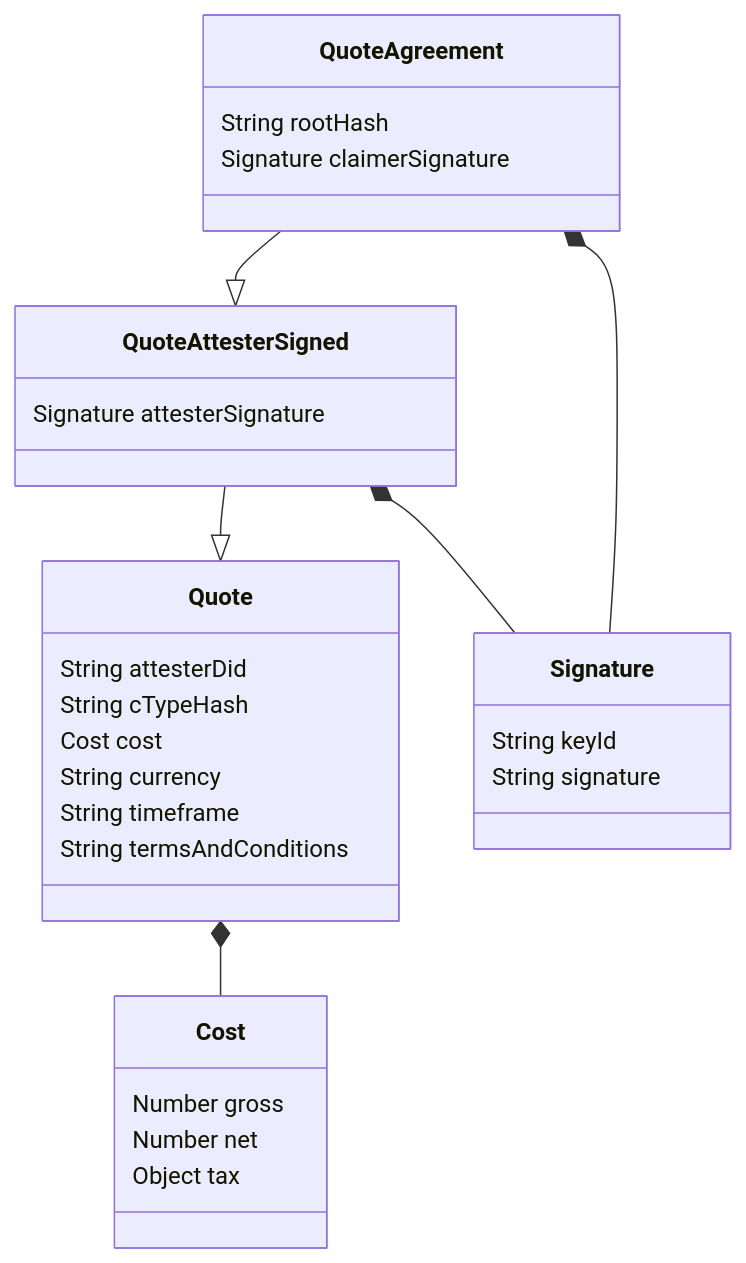
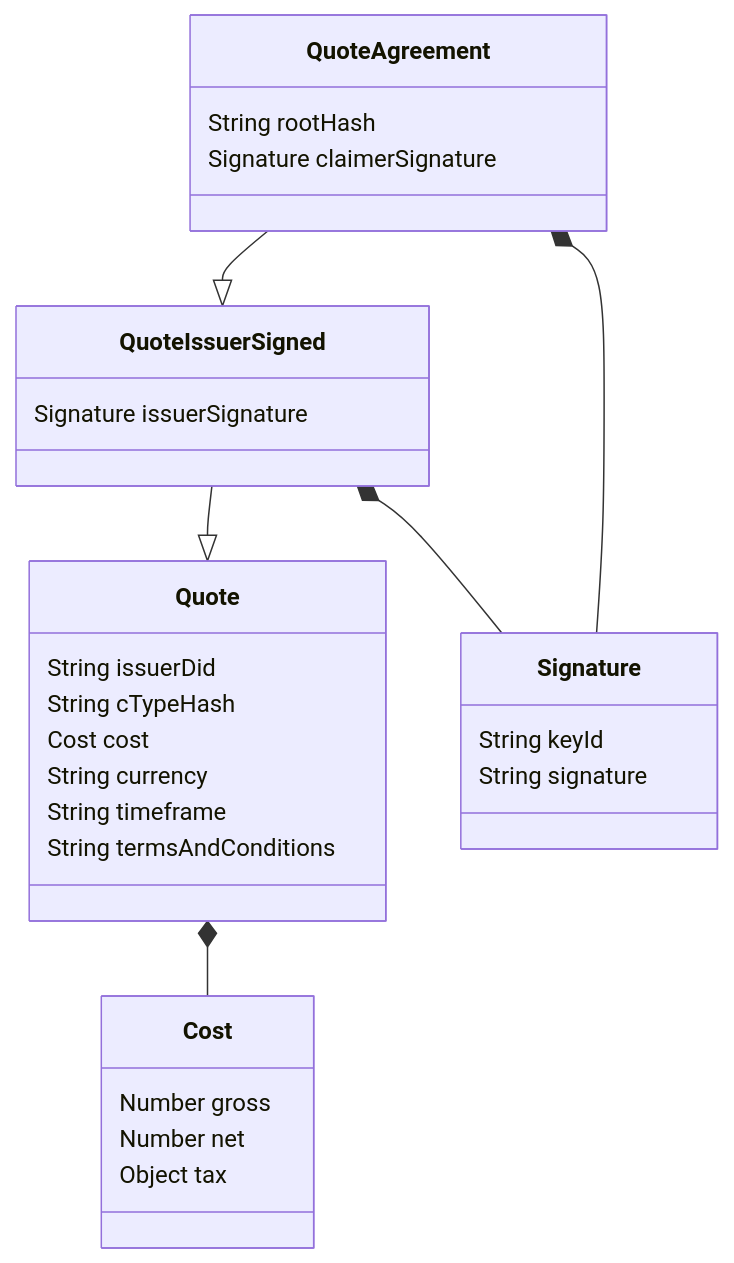
Before and after one commit to KILTprotocol/docs: the diagram in concepts/09_advanced_concepts/01_terms_and_quote.md, drawn with Mermaid. The commit also changed other lines of this file and 43 other files, not shown here.

````diff
--- a/concepts/09_advanced_concepts/01_terms_and_quote.md
+++ b/concepts/09_advanced_concepts/01_terms_and_quote.md
@@ -49,39 +49,39 @@
 ```mermaid
 classDiagram
   class Quote {
-    String attesterDid
+    String issuerDid
     String cTypeHash
     Cost cost
     String currency
     String timeframe
     String termsAndConditions
   }
 
   class Cost {
     Number gross
     Number net
     Object tax
   }
 
   Quote *-- Cost
 
   class Signature {
     String keyId
     String signature
   }
 
-  class QuoteAttesterSigned {
-    Signature attesterSignature
+  class QuoteIssuerSigned {
+    Signature issuerSignature
   }
 
-  QuoteAttesterSigned *-- Signature
-  QuoteAttesterSigned --|> Quote
+  QuoteIssuerSigned *-- Signature
+  QuoteIssuerSigned --|> Quote
 
   class QuoteAgreement {
     String rootHash
     Signature claimerSignature
   }
 
   QuoteAgreement *-- Signature
-  QuoteAgreement --|> QuoteAttesterSigned
+  QuoteAgreement --|> QuoteIssuerSigned
 ```
````
